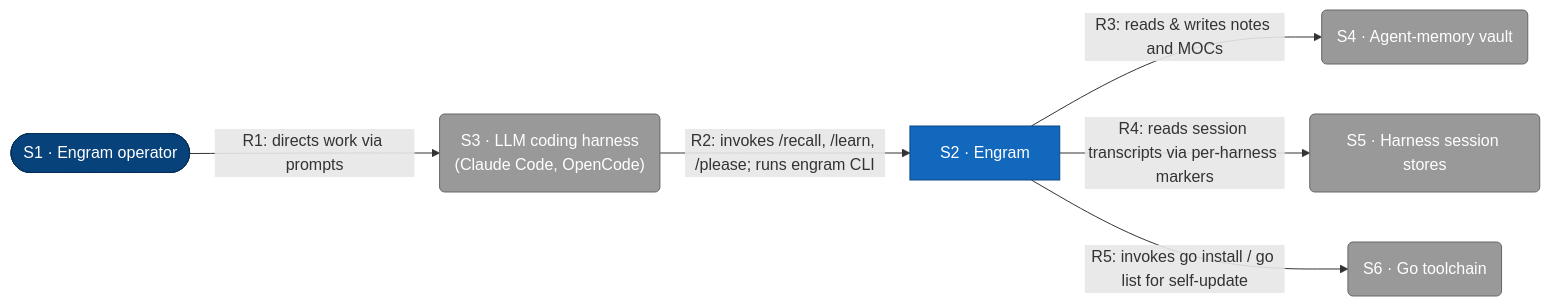
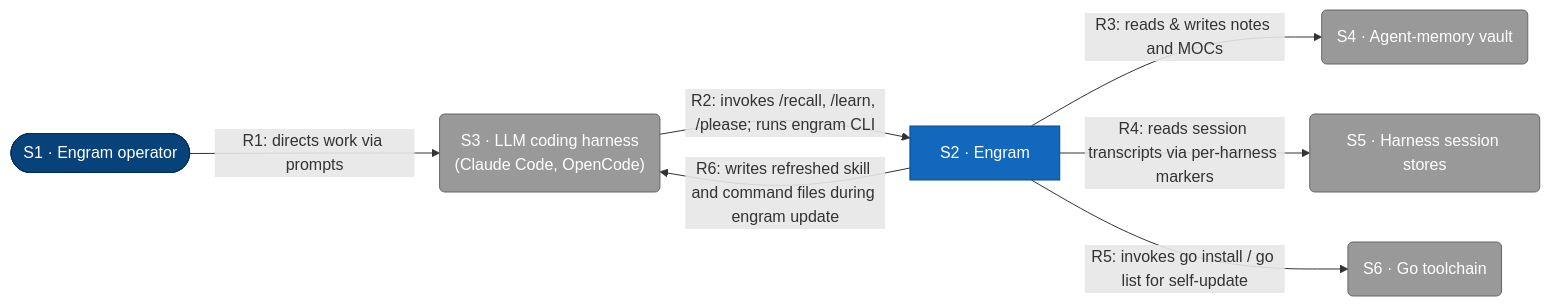
Before and after one commit to toejough/engram: the first of 5 diagrams in docs/architecture/c1-system-context.md, drawn with Mermaid. The commit also changed other lines of this file, not shown here.

First line of the commit message:
docs(architecture): add R6 edge for engram update writes to harness install root

````diff
--- a/docs/architecture/c1-system-context.md
+++ b/docs/architecture/c1-system-context.md
@@ -9,30 +9,31 @@
 ```mermaid
 flowchart LR
     classDef person      fill:#08427b,stroke:#052e56,color:#fff
     classDef external    fill:#999,   stroke:#666,   color:#fff
     classDef container   fill:#1168bd,stroke:#0b4884,color:#fff
 
     user([S1 · Engram operator])
     engram[S2 · Engram]
     harness("S3 · LLM coding harness<br/>(Claude Code, OpenCode)")
     vault(S4 · Agent-memory vault)
     sessions(S5 · Harness session stores)
     gotool(S6 · Go toolchain)
 
     user -->|"R1: directs work via prompts"| harness
     harness -->|"R2: invokes /recall, /learn, /please; runs engram CLI"| engram
     engram -->|"R3: reads & writes notes and MOCs"| vault
     engram -->|"R4: reads session transcripts via per-harness markers"| sessions
     engram -->|"R5: invokes go install / go list for self-update"| gotool
+    engram -->|"R6: writes refreshed skill and command files during engram update"| harness
 
     class user person
     class harness,vault,sessions,gotool external
     class engram container
 
     click user href "#s1-engram-operator"
     click engram href "#s2-engram"
     click harness href "#s3-llm-coding-harness"
     click vault href "#s4-agent-memory-vault"
     click sessions href "#s5-harness-session-stores"
     click gotool href "#s6-go-toolchain"
 ```
````
